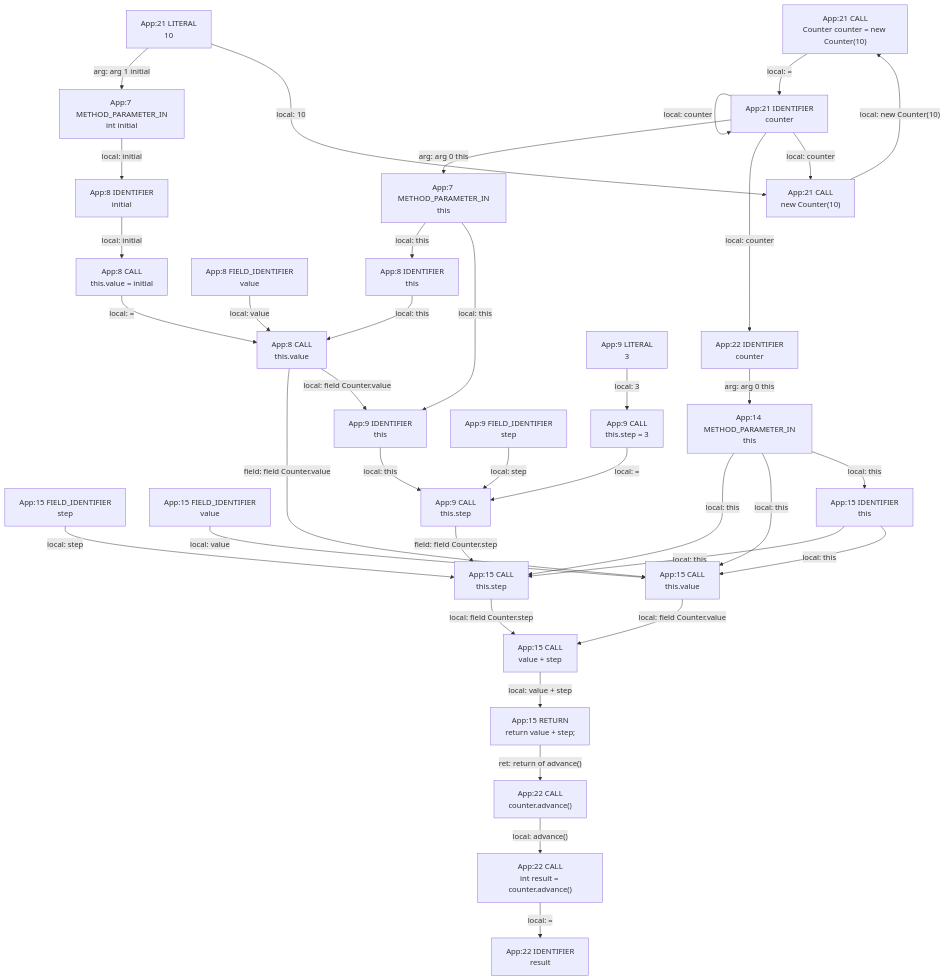
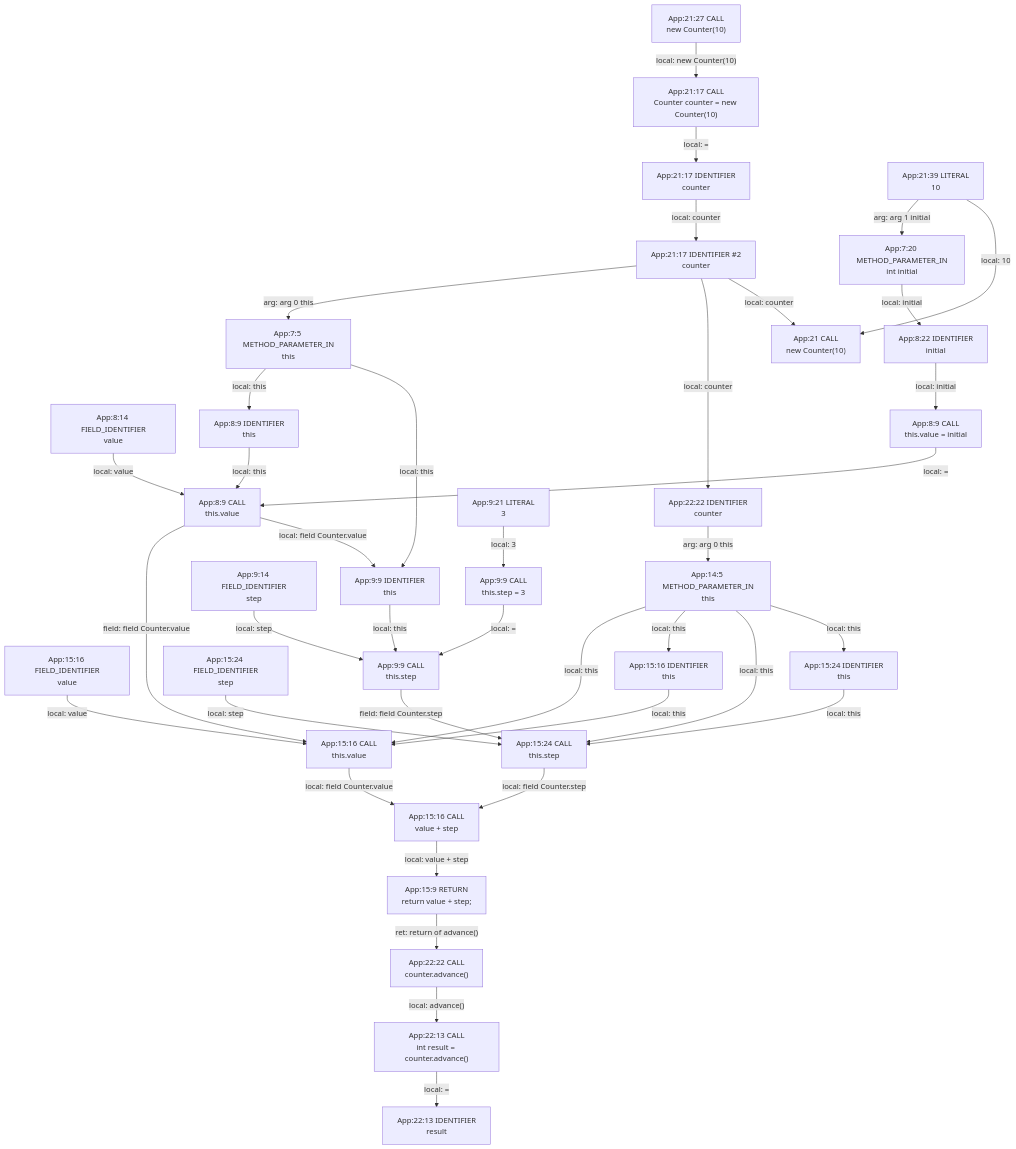
Before and after one commit to gstiebler/codeflow: the diagram in app/src/test/resources/implicitThis/spike-truth.md, drawn with Mermaid. The commit also changed 154 other files, not shown here.

````diff
--- a/app/src/test/resources/implicitThis/spike-truth.md
+++ b/app/src/test/resources/implicitThis/spike-truth.md
@@ -3,67 +3,71 @@
 ```mermaid
 flowchart TD
-  n0["App:14 METHOD_PARAMETER_IN<br/>this"]
-  n1["App:15 CALL<br/>this.step"]
-  n2["App:15 CALL<br/>this.value"]
-  n3["App:15 CALL<br/>value + step"]
-  n4["App:15 FIELD_IDENTIFIER<br/>step"]
-  n5["App:15 FIELD_IDENTIFIER<br/>value"]
-  n6["App:15 IDENTIFIER<br/>this"]
-  n7["App:15 RETURN<br/>return value + step;"]
-  n8["App:21 CALL<br/>Counter counter = new Counter(10)"]
+  n0["App:14:5 METHOD_PARAMETER_IN<br/>this"]
+  n1["App:15:16 CALL<br/>this.value"]
+  n2["App:15:16 CALL<br/>value + step"]
+  n3["App:15:16 FIELD_IDENTIFIER<br/>value"]
+  n4["App:15:16 IDENTIFIER<br/>this"]
+  n5["App:15:24 CALL<br/>this.step"]
+  n6["App:15:24 FIELD_IDENTIFIER<br/>step"]
+  n7["App:15:24 IDENTIFIER<br/>this"]
+  n8["App:15:9 RETURN<br/>return value + step;"]
   n9["App:21 CALL<br/>new Counter(10)"]
-  n10["App:21 IDENTIFIER<br/>counter"]
-  n11["App:21 LITERAL<br/>10"]
-  n12["App:22 CALL<br/>counter.advance()"]
-  n13["App:22 CALL<br/>int result = counter.advance()"]
-  n14["App:22 IDENTIFIER<br/>counter"]
-  n15["App:22 IDENTIFIER<br/>result"]
-  n16["App:7 METHOD_PARAMETER_IN<br/>int initial"]
-  n17["App:7 METHOD_PARAMETER_IN<br/>this"]
-  n18["App:8 CALL<br/>this.value"]
-  n19["App:8 CALL<br/>this.value = initial"]
-  n20["App:8 FIELD_IDENTIFIER<br/>value"]
-  n21["App:8 IDENTIFIER<br/>initial"]
-  n22["App:8 IDENTIFIER<br/>this"]
-  n23["App:9 CALL<br/>this.step"]
-  n24["App:9 CALL<br/>this.step = 3"]
-  n25["App:9 FIELD_IDENTIFIER<br/>step"]
-  n26["App:9 IDENTIFIER<br/>this"]
-  n27["App:9 LITERAL<br/>3"]
+  n10["App:21:17 CALL<br/>Counter counter = new Counter(10)"]
+  n11["App:21:17 IDENTIFIER #2<br/>counter"]
+  n12["App:21:17 IDENTIFIER<br/>counter"]
+  n13["App:21:27 CALL<br/>new Counter(10)"]
+  n14["App:21:39 LITERAL<br/>10"]
+  n15["App:22:13 CALL<br/>int result = counter.advance()"]
+  n16["App:22:13 IDENTIFIER<br/>result"]
+  n17["App:22:22 CALL<br/>counter.advance()"]
+  n18["App:22:22 IDENTIFIER<br/>counter"]
+  n19["App:7:20 METHOD_PARAMETER_IN<br/>int initial"]
+  n20["App:7:5 METHOD_PARAMETER_IN<br/>this"]
+  n21["App:8:14 FIELD_IDENTIFIER<br/>value"]
+  n22["App:8:22 IDENTIFIER<br/>initial"]
+  n23["App:8:9 CALL<br/>this.value"]
+  n24["App:8:9 CALL<br/>this.value = initial"]
+  n25["App:8:9 IDENTIFIER<br/>this"]
+  n26["App:9:14 FIELD_IDENTIFIER<br/>step"]
+  n27["App:9:21 LITERAL<br/>3"]
+  n28["App:9:9 CALL<br/>this.step"]
+  n29["App:9:9 CALL<br/>this.step = 3"]
+  n30["App:9:9 IDENTIFIER<br/>this"]
   n0 -->|"local: this"| n1
-  n0 -->|"local: this"| n2
-  n0 -->|"local: this"| n6
-  n1 -->|"local: field Counter.step"| n3
-  n10 -->|"arg: arg 0 this"| n17
-  n10 -->|"local: counter"| n10
-  n10 -->|"local: counter"| n14
-  n10 -->|"local: counter"| n9
-  n11 -->|"arg: arg 1 initial"| n16
-  n11 -->|"local: 10"| n9
-  n12 -->|"local: advance()"| n13
-  n13 -->|"local: ="| n15
-  n14 -->|"arg: arg 0 this"| n0
-  n16 -->|"local: initial"| n21
-  n17 -->|"local: this"| n22
-  n17 -->|"local: this"| n26
-  n18 -->|"field: field Counter.value"| n2
-  n18 -->|"local: field Counter.value"| n26
-  n19 -->|"local: ="| n18
-  n2 -->|"local: field Counter.value"| n3
-  n20 -->|"local: value"| n18
-  n21 -->|"local: initial"| n19
-  n22 -->|"local: this"| n18
-  n23 -->|"field: field Counter.step"| n1
+  n0 -->|"local: this"| n4
+  n0 -->|"local: this"| n5
+  n0 -->|"local: this"| n7
+  n1 -->|"local: field Counter.value"| n2
+  n10 -->|"local: ="| n12
+  n11 -->|"arg: arg 0 this"| n20
+  n11 -->|"local: counter"| n18
+  n11 -->|"local: counter"| n9
+  n12 -->|"local: counter"| n11
+  n13 -->|"local: new Counter(10)"| n10
+  n14 -->|"arg: arg 1 initial"| n19
+  n14 -->|"local: 10"| n9
+  n15 -->|"local: ="| n16
+  n17 -->|"local: advance()"| n15
+  n18 -->|"arg: arg 0 this"| n0
+  n19 -->|"local: initial"| n22
+  n2 -->|"local: value + step"| n8
+  n20 -->|"local: this"| n25
+  n20 -->|"local: this"| n30
+  n21 -->|"local: value"| n23
+  n22 -->|"local: initial"| n24
+  n23 -->|"field: field Counter.value"| n1
+  n23 -->|"local: field Counter.value"| n30
   n24 -->|"local: ="| n23
-  n25 -->|"local: step"| n23
-  n26 -->|"local: this"| n23
-  n27 -->|"local: 3"| n24
-  n3 -->|"local: value + step"| n7
-  n4 -->|"local: step"| n1
-  n5 -->|"local: value"| n2
-  n6 -->|"local: this"| n1
-  n6 -->|"local: this"| n2
-  n7 -->|"ret: return of advance()"| n12
-  n8 -->|"local: ="| n10
-  n9 -->|"local: new Counter(10)"| n8
+  n25 -->|"local: this"| n23
+  n26 -->|"local: step"| n28
+  n27 -->|"local: 3"| n29
+  n28 -->|"field: field Counter.step"| n5
+  n29 -->|"local: ="| n28
+  n3 -->|"local: value"| n1
+  n30 -->|"local: this"| n28
+  n4 -->|"local: this"| n1
+  n5 -->|"local: field Counter.step"| n2
+  n6 -->|"local: step"| n5
+  n7 -->|"local: this"| n5
+  n8 -->|"ret: return of advance()"| n17
 ```
````
